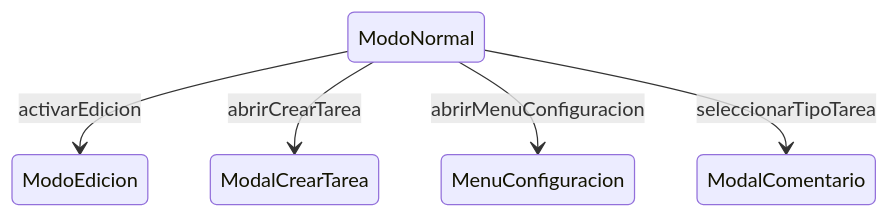
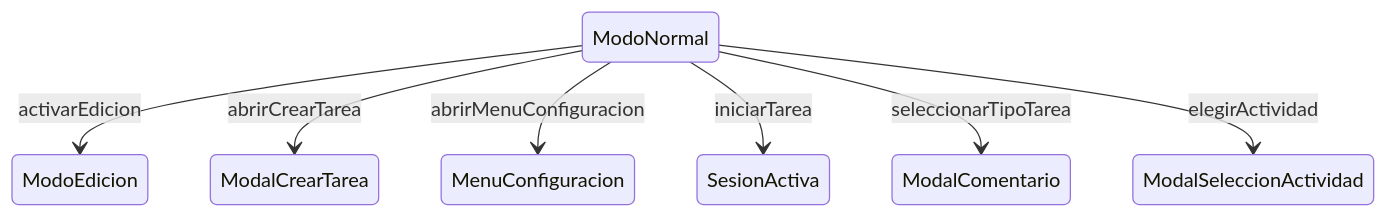
One commit to cepeche/Trenza-DSL changed the diagram in spec/docs/sistema/base/ModoNormal.md. Above: the diagram before and after it, drawn with Mermaid. The commit also changed other lines of this file and 2250 other files, not shown here.

````diff
--- a/spec/docs/sistema/base/ModoNormal.md
+++ b/spec/docs/sistema/base/ModoNormal.md
@@ -19,7 +20,9 @@
 ```mermaid
 stateDiagram-v2
     ModoNormal --> ModoEdicion : activarEdicion
     ModoNormal --> ModalCrearTarea : abrirCrearTarea
     ModoNormal --> MenuConfiguracion : abrirMenuConfiguracion
+    ModoNormal --> SesionActiva : iniciarTarea
     ModoNormal --> ModalComentario : seleccionarTipoTarea
+    ModoNormal --> ModalSeleccionActividad : elegirActividad
 ```
````
